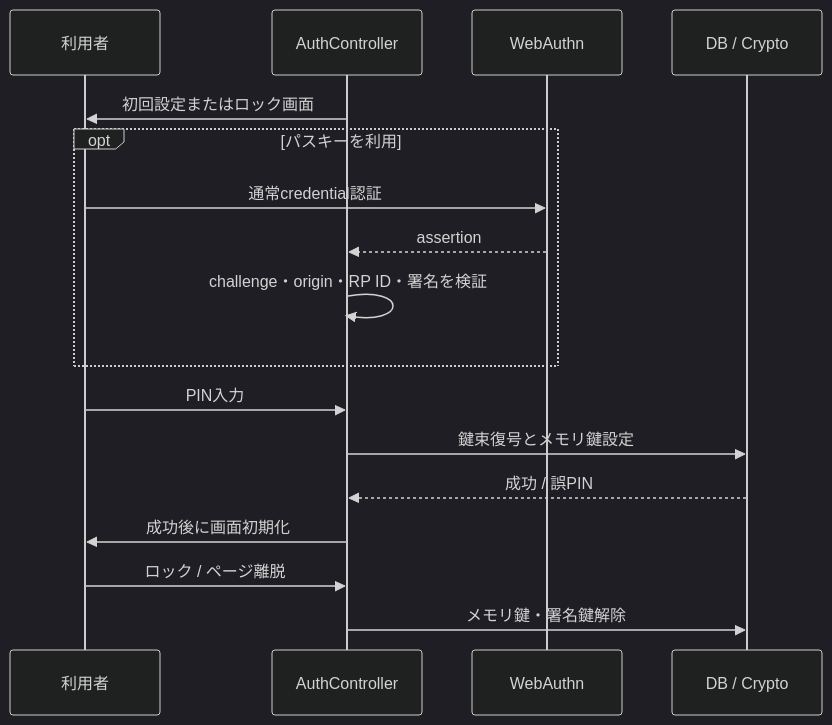
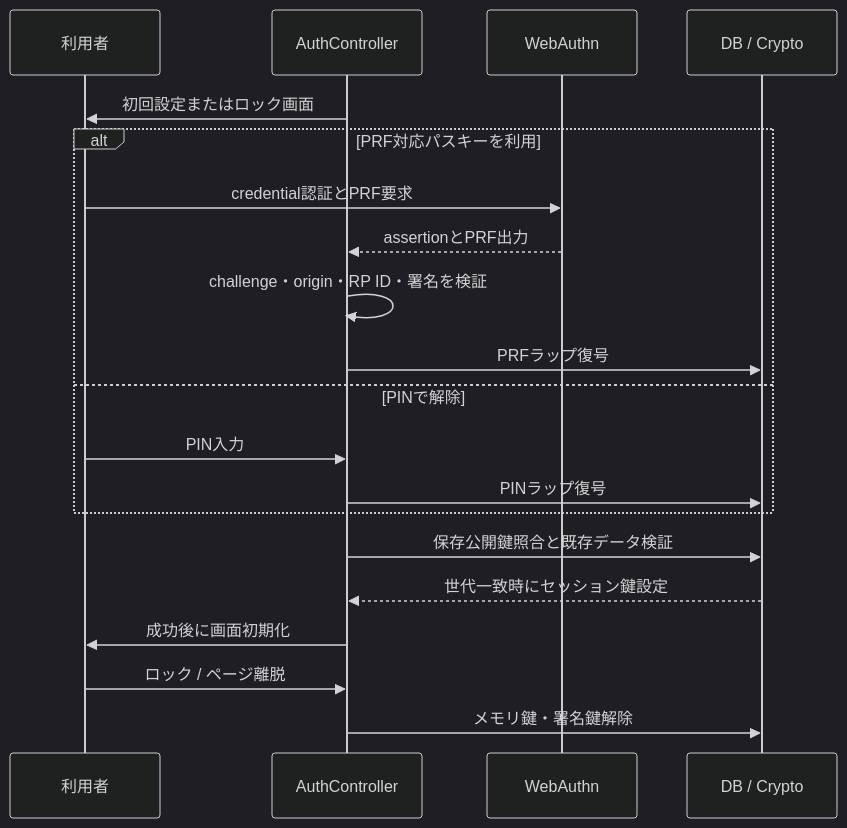
Before and after one commit to tekuteku-life/yose: the sixth of 8 diagrams in docs/internal_design.md, drawn with Mermaid (dark theme). The commit also changed other lines of this file and 62 other files, not shown here.

````diff
--- a/docs/internal_design.md
+++ b/docs/internal_design.md
@@ -315,19 +315,22 @@
 ```mermaid
 sequenceDiagram
     participant U as 利用者
     participant A as AuthController
     participant W as WebAuthn
     participant D as DB / Crypto
     A->>U: 初回設定またはロック画面
-    opt パスキーを利用
-        U->>W: 通常credential認証
-        W-->>A: assertion
+    alt PRF対応パスキーを利用
+        U->>W: credential認証とPRF要求
+        W-->>A: assertionとPRF出力
         A->>A: challenge・origin・RP ID・署名を検証
+        A->>D: PRFラップ復号
+    else PINで解除
+        U->>A: PIN入力
+        A->>D: PINラップ復号
     end
-    U->>A: PIN入力
-    A->>D: 鍵束復号とメモリ鍵設定
-    D-->>A: 成功 / 誤PIN
+    A->>D: 保存公開鍵照合と既存データ検証
+    D-->>A: 世代一致時にセッション鍵設定
     A->>U: 成功後に画面初期化
     U->>A: ロック / ページ離脱
     A->>D: メモリ鍵・署名鍵解除
 ```
````
